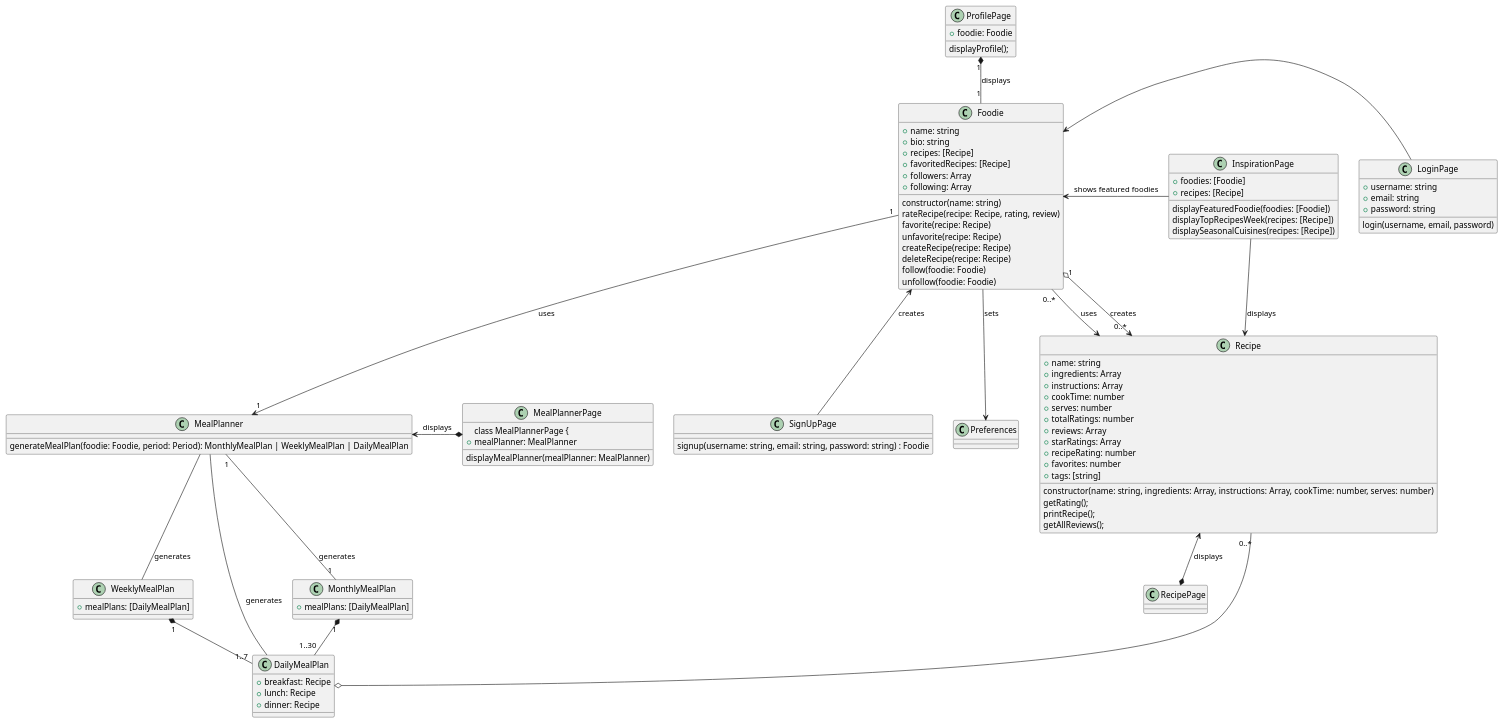
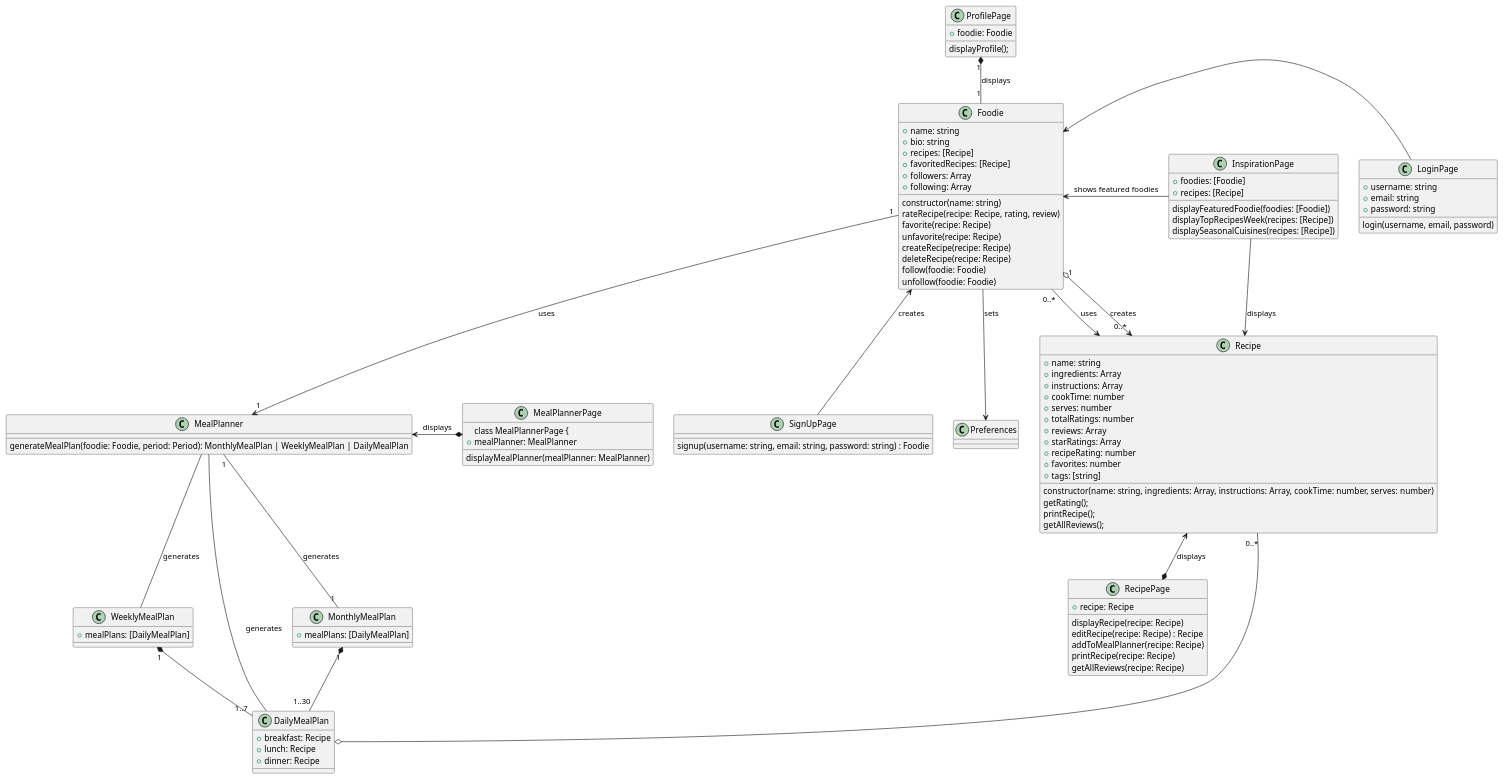
The diagram in architecture/class.puml (balibee/voodie), drawn with PlantUML before and after one commit.

Commit message:
Add RecipePage to UML

```diff
--- a/architecture/class.puml
+++ b/architecture/class.puml
@@ -1,117 +1,126 @@
 @startuml Voodie Class Diagram
 
 class Foodie {
 
     +name: string
     +bio: string
     +recipes: [Recipe]
     +favoritedRecipes: [Recipe]
     +followers: Array
     +following: Array
 
     constructor(name: string)
     rateRecipe(recipe: Recipe, rating, review)
     favorite(recipe: Recipe)
     unfavorite(recipe: Recipe)
     createRecipe(recipe: Recipe)
     deleteRecipe(recipe: Recipe)
     follow(foodie: Foodie)
     unfollow(foodie: Foodie)
 }
 
 class Recipe {
     +name: string
     +ingredients: Array
     +instructions: Array
     +cookTime: number
     +serves: number
     +totalRatings: number
     +reviews: Array
     +starRatings: Array
     +recipeRating: number
     +favorites: number
     +tags: [string]
 
     constructor(name: string, ingredients: Array, instructions: Array, cookTime: number, serves: number)
     getRating();
     printRecipe();
     getAllReviews();
 }
 
+class RecipePage {
+    +recipe: Recipe
+
+    displayRecipe(recipe: Recipe)
+    editRecipe(recipe: Recipe) : Recipe
+    addToMealPlanner(recipe: Recipe)
+    printRecipe(recipe: Recipe)
+    getAllReviews(recipe: Recipe)
+}
 class MealPlannerPage {
 
 class MealPlannerPage {
     +mealPlanner: MealPlanner
     displayMealPlanner(mealPlanner: MealPlanner)
 }
 
 class MealPlanner {
     generateMealPlan(foodie: Foodie, period: Period): MonthlyMealPlan | WeeklyMealPlan | DailyMealPlan
 }
 
 class MonthlyMealPlan {
     +mealPlans: [DailyMealPlan]
 }
 
 class WeeklyMealPlan {
     +mealPlans: [DailyMealPlan]
 }
 
 class DailyMealPlan {
     +breakfast: Recipe
     +lunch: Recipe
     +dinner: Recipe
 }
 
 class InspirationPage {
     +foodies: [Foodie]
     +recipes: [Recipe]
 
     displayFeaturedFoodie(foodies: [Foodie])
     displayTopRecipesWeek(recipes: [Recipe])
     displaySeasonalCuisines(recipes: [Recipe])
 }
 
 class LoginPage {
     +username: string
     +email: string
     +password: string
 
     login(username, email, password)
 }
 
 class SignUpPage {
 
     signup(username: string, email: string, password: string) : Foodie
 }
 
 class ProfilePage {
     +foodie: Foodie
 
     displayProfile();
 }
 
 ProfilePage "1" *-- "1" Foodie : displays
 
 Foodie <-right- LoginPage
 Foodie <-down- SignUpPage : creates
 Foodie "1" o-> "0..*" Recipe : creates
 Foodie "1" --> "1" MealPlanner : uses
 Foodie <- InspirationPage : shows featured foodies
 
 MealPlanner "1" -- "1" MonthlyMealPlan : generates
 MealPlanner -down- WeeklyMealPlan : generates
 MealPlanner - DailyMealPlan : generates
 MealPlanner <-right-* MealPlannerPage : displays
 
 MonthlyMealPlan "1" *-down- "1..30" DailyMealPlan
 WeeklyMealPlan "1" *-- "1..7" DailyMealPlan
 
 Recipe <-right- "0..*" Foodie : uses
 Recipe "0..*" -o DailyMealPlan
 Recipe <-down-* RecipePage : displays
 Recipe <-up- InspirationPage: displays
 
 Preferences <-up- Foodie : sets
 
 @enduml
```
